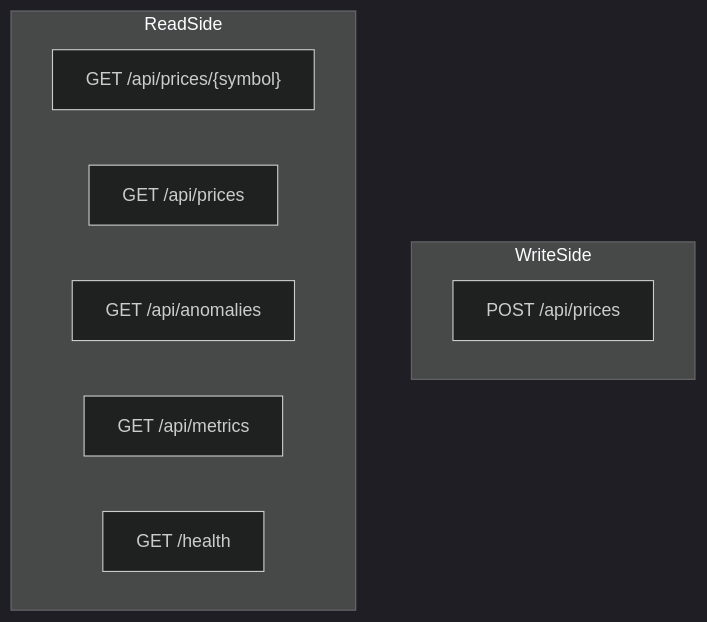
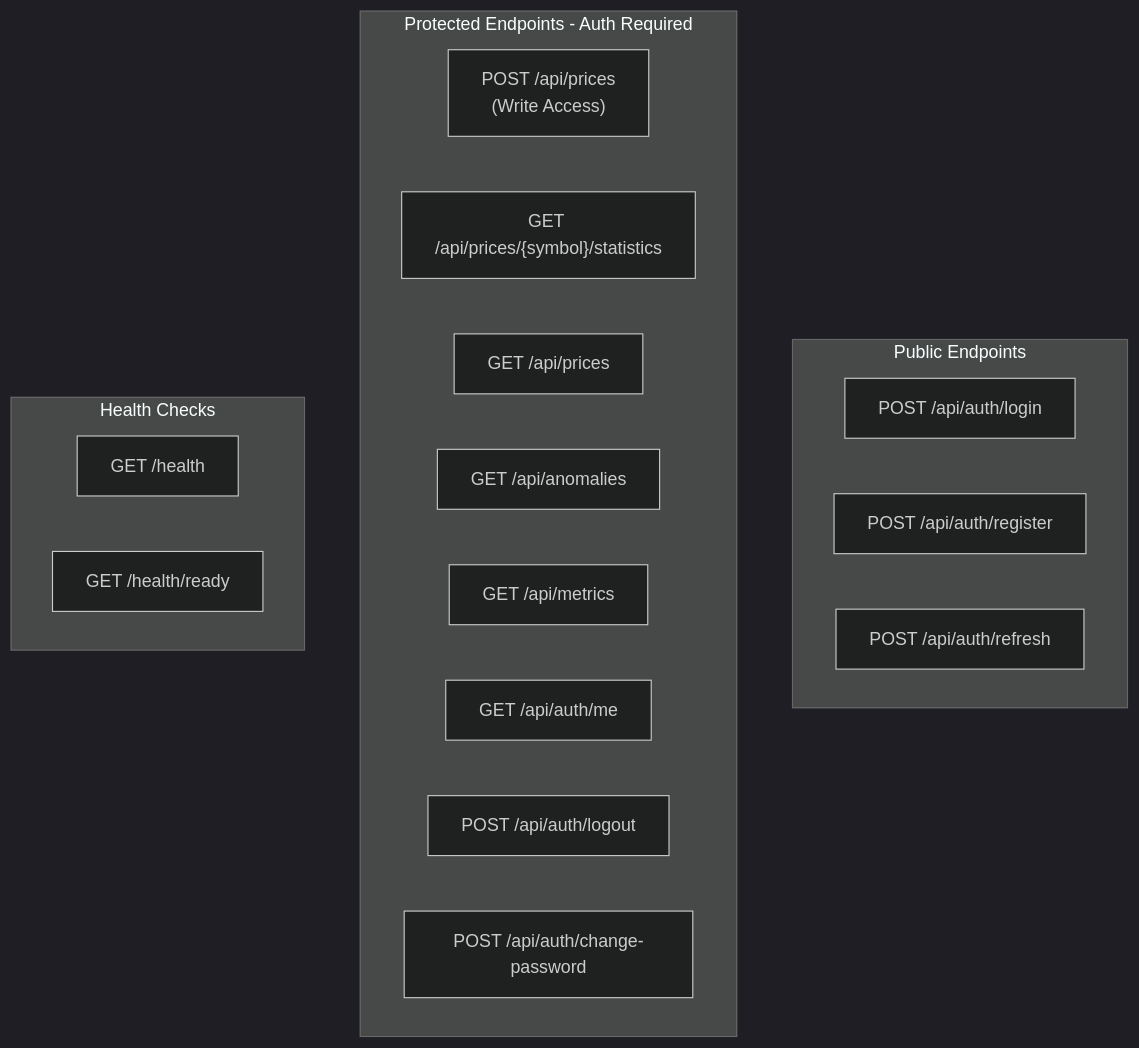
Before and after one commit to yasserebrahimi/MarketDataSystem: the diagram in docs/API.md, drawn with Mermaid (dark theme). The commit also changed other lines of this file and 75 other files, not shown here.

````diff
--- a/docs/API.md
+++ b/docs/API.md
@@ -29,14 +56,24 @@
 ```mermaid
 flowchart TB
-    subgraph WriteSide
-        WPost["POST /api/prices"]
+    subgraph Public [Public Endpoints]
+        Auth1["POST /api/auth/login"]
+        Auth2["POST /api/auth/register"]
+        Auth3["POST /api/auth/refresh"]
     end
 
-    subgraph ReadSide
-        R1["GET /api/prices/{symbol}"]
-        R2["GET /api/prices"]
-        R3["GET /api/anomalies"]
-        R4["GET /api/metrics"]
-        R5["GET /health"]
+    subgraph Protected [Protected Endpoints - Auth Required]
+        Write["POST /api/prices<br/>(Write Access)"]
+        Read1["GET /api/prices/{symbol}/statistics"]
+        Read2["GET /api/prices"]
+        Read3["GET /api/anomalies"]
+        Read4["GET /api/metrics"]
+        User1["GET /api/auth/me"]
+        User2["POST /api/auth/logout"]
+        User3["POST /api/auth/change-password"]
+    end
+
+    subgraph Health [Health Checks]
+        H1["GET /health"]
+        H2["GET /health/ready"]
     end
 ```
````
